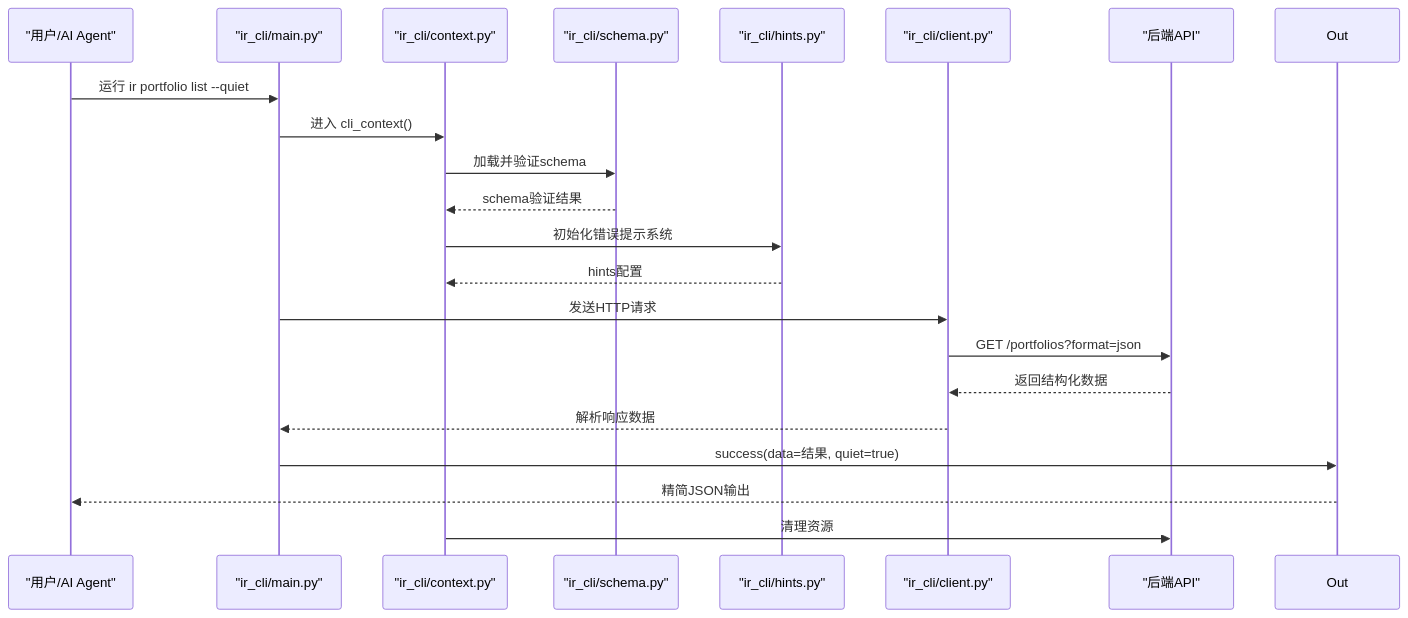
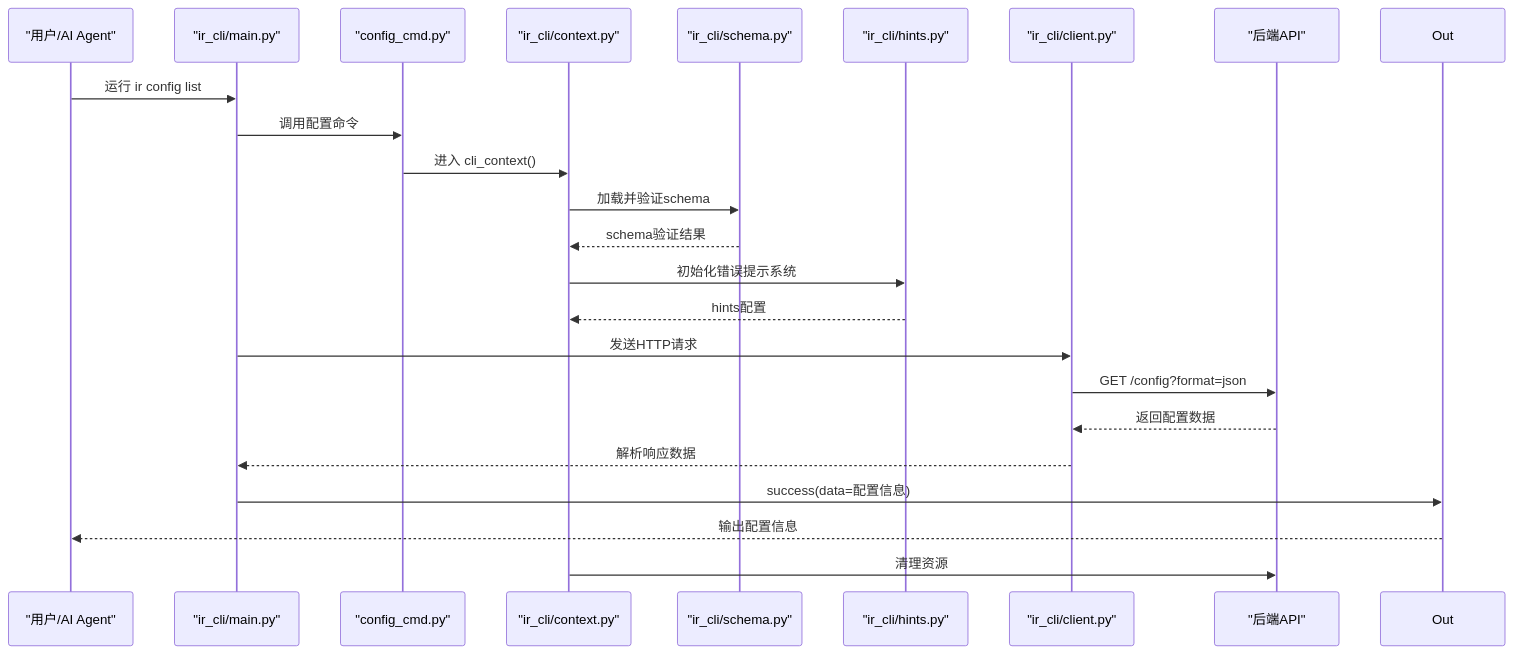
Before and after one commit to gujialind/InvestRing: the second of 7 diagrams in .qoder/repowiki/zh/content/开发指南/InvestRing Admin CLI 工具.md, drawn with Mermaid. The commit also changed other lines of this file and 1 other file, not shown here.

````diff
--- a/.qoder/repowiki/zh/content/开发指南/InvestRing Admin CLI 工具.md
+++ b/.qoder/repowiki/zh/content/开发指南/InvestRing Admin CLI 工具.md
@@ -133,23 +141,25 @@
 ```mermaid
 sequenceDiagram
 participant User as "用户/AI Agent"
 participant CLI as "ir_cli/main.py"
+participant CfgCmd as "config_cmd.py"
 participant Ctx as "ir_cli/context.py"
 participant Sch as "ir_cli/schema.py"
 participant Hnt as "ir_cli/hints.py"
 participant Cli as "ir_cli/client.py"
 participant API as "后端API"
-User->>CLI : 运行 ir portfolio list --quiet
-CLI->>Ctx : 进入 cli_context()
+User->>CLI : 运行 ir config list
+CLI->>CfgCmd : 调用配置命令
+CfgCmd->>Ctx : 进入 cli_context()
 Ctx->>Sch : 加载并验证schema
 Sch-->>Ctx : schema验证结果
 Ctx->>Hnt : 初始化错误提示系统
 Hnt-->>Ctx : hints配置
 CLI->>Cli : 发送HTTP请求
-Cli->>API : GET /portfolios?format=json
-API-->>Cli : 返回结构化数据
+Cli->>API : GET /config?format=json
+API-->>Cli : 返回配置数据
 Cli-->>CLI : 解析响应数据
-CLI->>Out : success(data=结果, quiet=true)
-Out-->>User : 精简JSON输出
+CLI->>Out : success(data=配置信息)
+Out-->>User : 输出配置信息
 Ctx->>API : 清理资源
 ```
````
